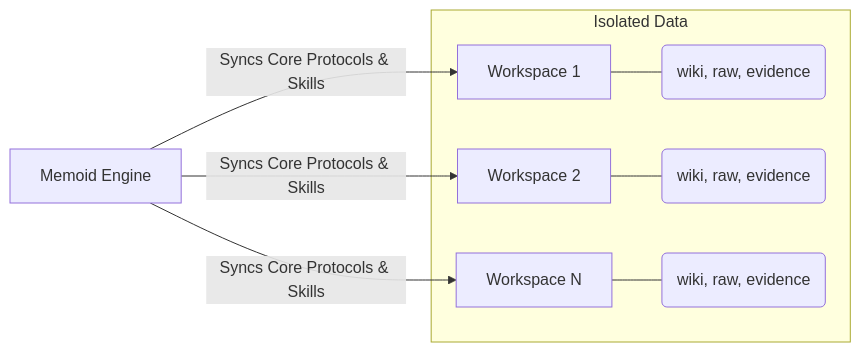
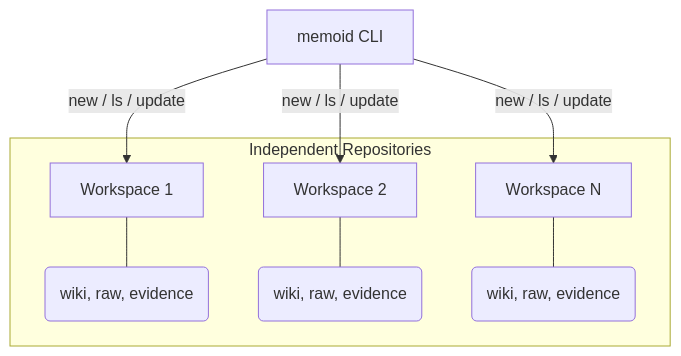
Before and after one commit to latentarts/memoid: the second of 2 diagrams in README.md, drawn with Mermaid. The commit also changed other lines of this file and 4 other files, not shown here.

````diff
--- a/README.md
+++ b/README.md
@@ -57,17 +51,17 @@
 ```mermaid
-graph LR
-    Engine[Memoid Engine]
+graph TD
+    CLI[memoid CLI]
     WS1[Workspace 1]
     WS2[Workspace 2]
     WSN[Workspace N]
 
-    Engine -- "Syncs Core Protocols & Skills" --> WS1
-    Engine -- "Syncs Core Protocols & Skills" --> WS2
-    Engine -- "Syncs Core Protocols & Skills" --> WSN
+    CLI -- "new / ls / update" --> WS1
+    CLI -- "new / ls / update" --> WS2
+    CLI -- "new / ls / update" --> WSN
 
-    subgraph "Isolated Data"
+    subgraph "Independent Repositories"
     WS1 --- D1(wiki, raw, evidence)
     WS2 --- D2(wiki, raw, evidence)
     WSN --- DN(wiki, raw, evidence)
     end
 ```
````
